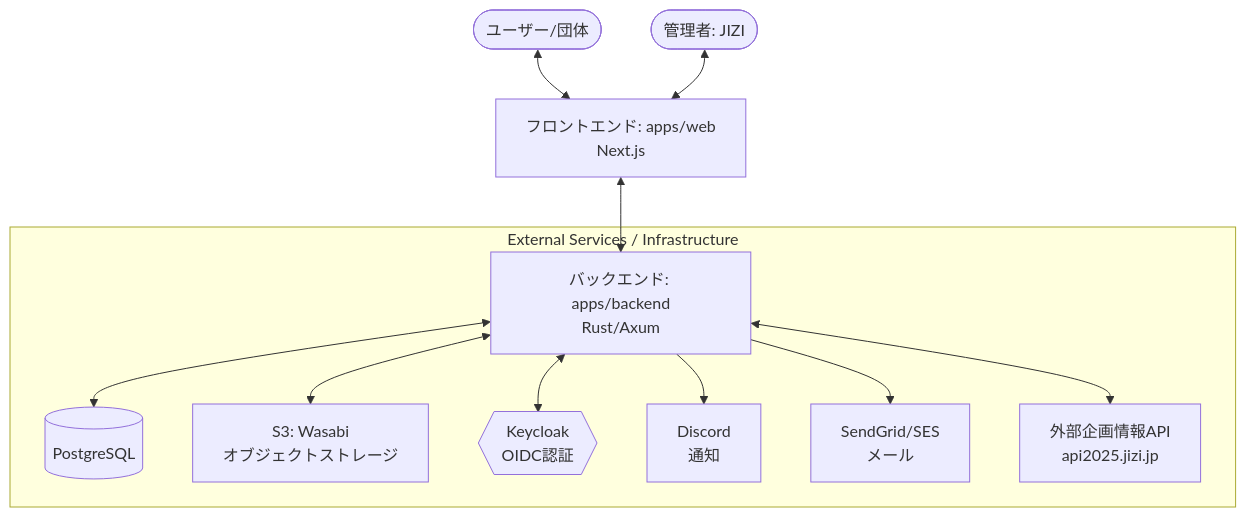
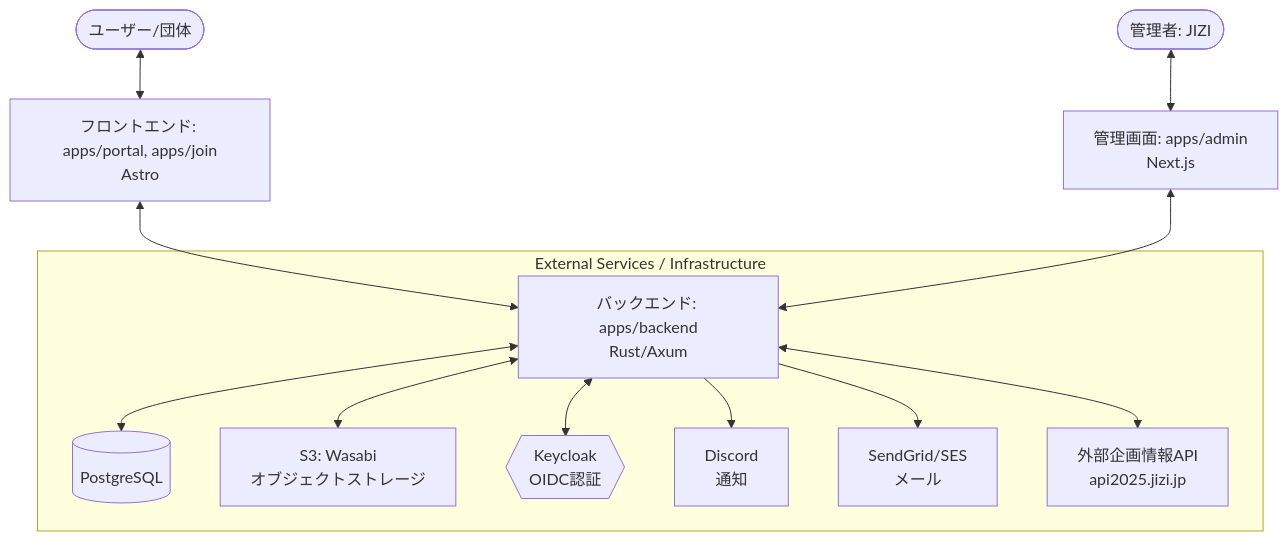
The diagram in docs/20_architecture.md (jizi-isct/koudaisai-portal), drawn with Mermaid before and after one commit. The commit also changed other lines of this file and 196 other files, not shown here.

````diff
--- a/docs/20_architecture.md
+++ b/docs/20_architecture.md
@@ -7,16 +7,17 @@
 ```mermaid
 graph TD
-    User([ユーザー/団体]) <--> Frontend[フロントエンド: apps/web<br/>Next.js]
-    Admin([管理者: JIZI]) <--> Frontend
+    User([ユーザー/団体]) <--> Frontend[フロントエンド: apps/portal, apps/join<br/>Astro]
+    Admin([管理者: JIZI]) <--> AdminFrontend[管理画面: apps/admin<br/>Next.js]
     
     Frontend <--> Backend[バックエンド: apps/backend<br/>Rust/Axum]
+    AdminFrontend <--> Backend
     
     subgraph "External Services / Infrastructure"
         Backend <--> DB[(PostgreSQL)]
         Backend <--> S3[S3: Wasabi<br/>オブジェクトストレージ]
         Backend <--> Keycloak{{Keycloak<br/>OIDC認証}}
         Backend --> Discord[Discord<br/>通知]
         Backend --> SendGrid[SendGrid/SES<br/>メール]
         Backend <--> ExternalAPI[外部企画情報API<br/>api2025.jizi.jp]
     end
 ```
````
